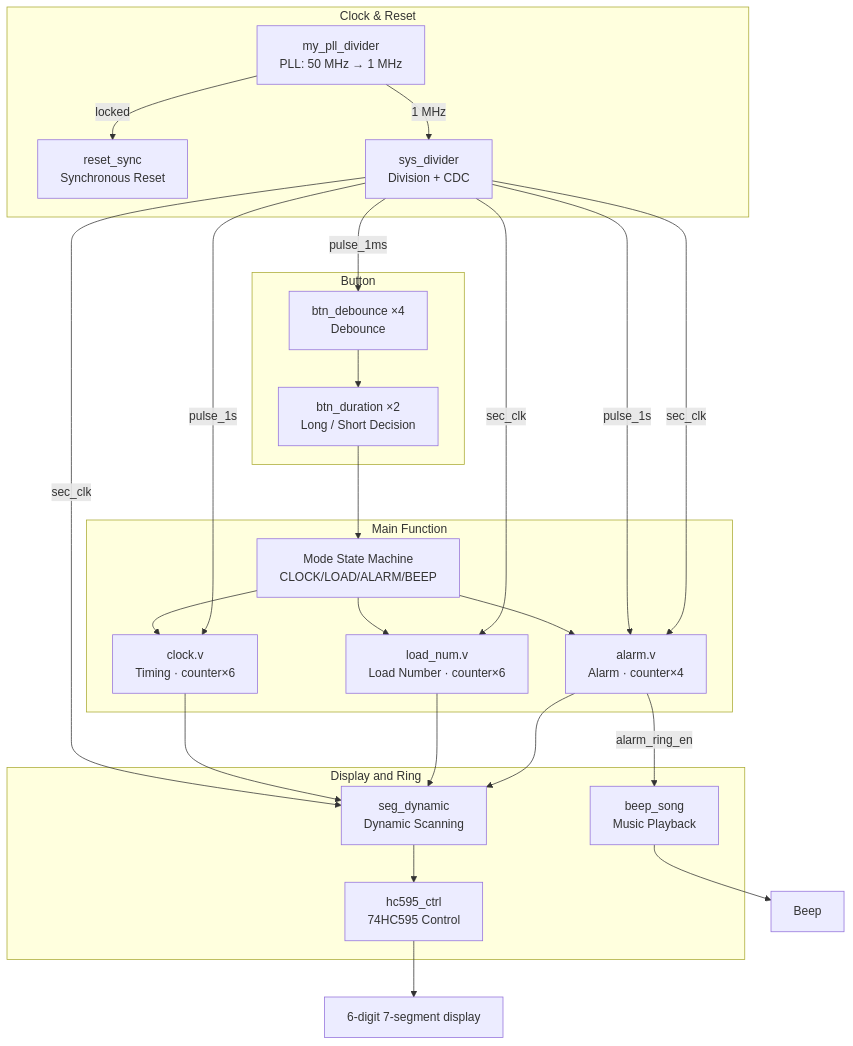
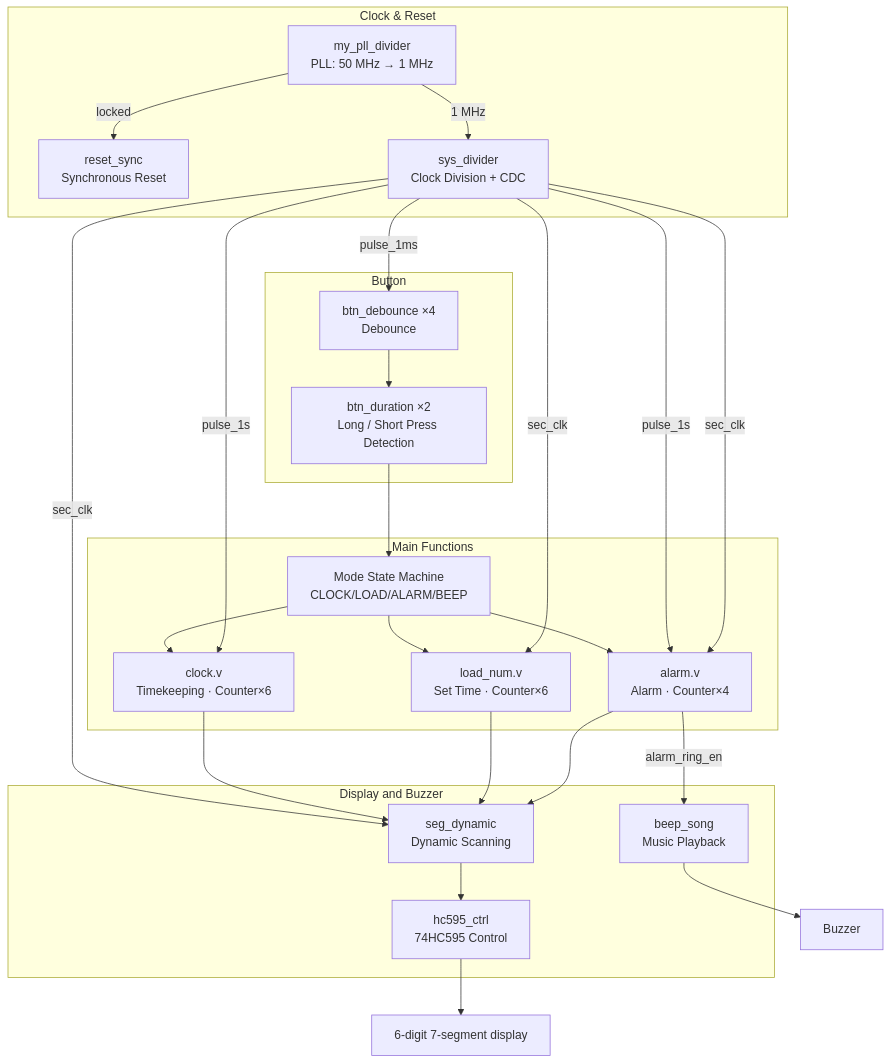
Before and after one commit to Unlimited-Rule-Book/fpga-digital-clock: the diagram in README.en.md, drawn with Mermaid. The commit also changed other lines of this file and 1 other file, not shown here.

````diff
--- a/README.en.md
+++ b/README.en.md
@@ -132,47 +133,47 @@
 ```mermaid
 flowchart TB
     subgraph clk["Clock & Reset"]
         PLL["my_pll_divider<br/>PLL: 50 MHz → 1 MHz"]
         RST["reset_sync<br/>Synchronous Reset"]
-        DIV["sys_divider<br/>Division + CDC"]
+        DIV["sys_divider<br/>Clock Division + CDC"]
     end
 
     subgraph key["Button"]
         DB["btn_debounce ×4<br/>Debounce"]
-        DUR["btn_duration ×2<br/>Long / Short Decision"]
+        DUR["btn_duration ×2<br/>Long / Short Press Detection"]
     end
 
-    subgraph core["Main Function"]
+    subgraph core["Main Functions"]
         FSM["Mode State Machine<br/>CLOCK/LOAD/ALARM/BEEP"]
-        CLK["clock.v<br/>Timing · counter×6"]
-        NUM["load_num.v<br/>Load Number · counter×6"]
-        ALM["alarm.v<br/>Alarm · counter×4"]
+        CLK["clock.v<br/>Timekeeping · Counter×6"]
+        NUM["load_num.v<br/>Set Time · Counter×6"]
+        ALM["alarm.v<br/>Alarm · Counter×4"]
     end
 
-    subgraph out["Display and Ring"]
+    subgraph out["Display and Buzzer"]
         SEG["seg_dynamic<br/>Dynamic Scanning"]
         HC["hc595_ctrl<br/>74HC595 Control"]
         BEEP["beep_song<br/>Music Playback"]
     end
 
     PLL -->|1 MHz| DIV
     PLL -->|locked| RST
     DIV -->|pulse_1ms| DB
     DB --> DUR
     DUR --> FSM
     FSM --> CLK
     FSM --> NUM
     FSM --> ALM
     DIV -->|pulse_1s| CLK
     DIV -->|pulse_1s| ALM
     DIV -->|sec_clk| NUM
     DIV -->|sec_clk| SEG
     DIV -->|sec_clk| ALM
     CLK --> SEG
     NUM --> SEG
     ALM --> SEG
     SEG --> HC
     HC --> LED["6-digit 7-segment display"]
     ALM -->|alarm_ring_en| BEEP
-    BEEP --> BUZ["Beep"]
+    BEEP --> BUZ["Buzzer"]
 ```
````
